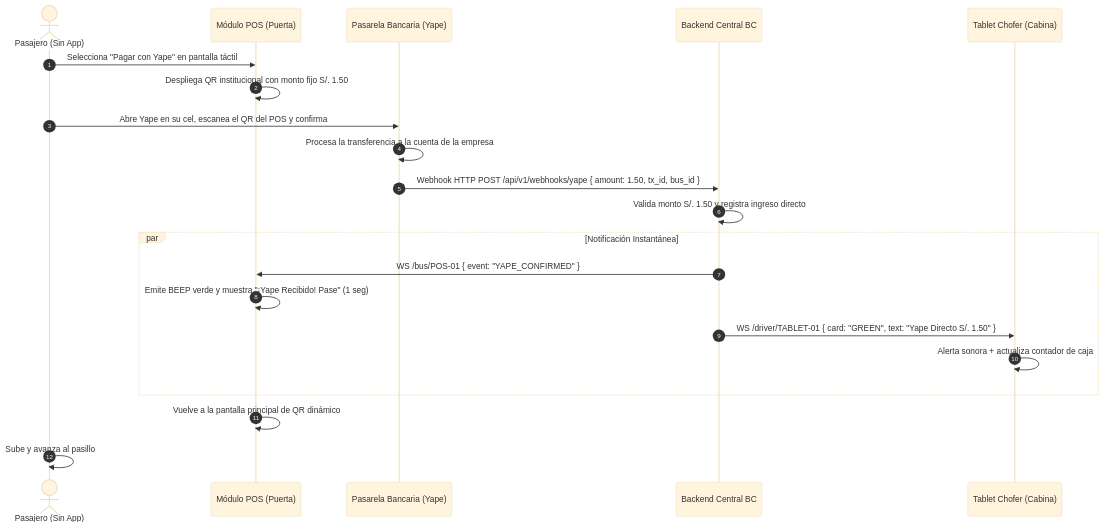
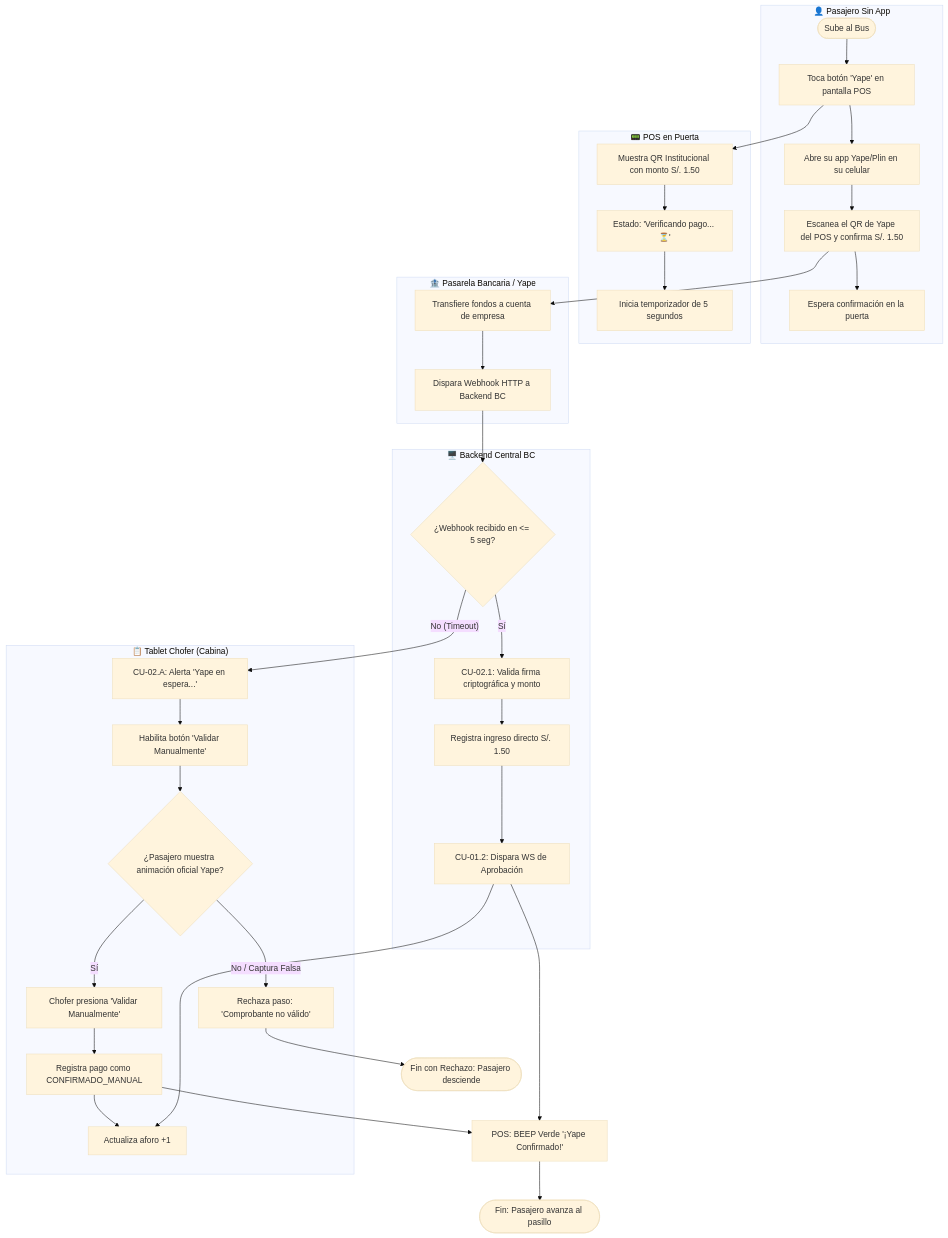
One commit to aron-quito/sem-bus changed the diagram in docs/casos_de_uso/CU02_Pago_Yape_Directo_Sin_App.md. Above: the diagram before and after it, drawn with Mermaid (base theme). The commit also changed other lines of this file and 7 other files, not shown here.

````diff
--- a/docs/casos_de_uso/CU02_Pago_Yape_Directo_Sin_App.md
+++ b/docs/casos_de_uso/CU02_Pago_Yape_Directo_Sin_App.md
@@ -22,26 +48,43 @@
 ```mermaid
-sequenceDiagram
-    autonumber
-    actor Pasajero as Pasajero (Sin App)
-    participant POS as Módulo POS (Puerta)
-    participant Banco as Pasarela Bancaria (Yape)
-    participant Backend as Backend Central BC
-    participant Tablet as Tablet Chofer (Cabina)
-
-    Pasajero->>POS: Selecciona "Pagar con Yape" en pantalla táctil
-    POS->>POS: Despliega QR institucional con monto fijo S/. 1.50
-    Pasajero->>Banco: Abre Yape en su cel, escanea el QR del POS y confirma
-    Banco->>Banco: Procesa la transferencia a la cuenta de la empresa
-    Banco->>Backend: Webhook HTTP POST /api/v1/webhooks/yape { amount: 1.50, tx_id, bus_id }
-    Backend->>Backend: Valida monto S/. 1.50 y registra ingreso directo
-    
-    par Notificación Instantánea
-        Backend->>POS: WS /bus/POS-01 { event: "YAPE_CONFIRMED" }
-        POS->>POS: Emite BEEP verde y muestra "¡Yape Recibido! Pase" (1 seg)
-        Backend->>Tablet: WS /driver/TABLET-01 { card: "GREEN", text: "Yape Directo S/. 1.50" }
-        Tablet->>Tablet: Alerta sonora + actualiza contador de caja
+flowchart TD
+    subgraph Pasajero["👤 Pasajero Sin App"]
+        A1([Sube al Bus]) --> A2[Toca botón 'Yape' en pantalla POS]
+        A2 --> A3[Abre su app Yape/Plin en su celular]
+        A3 --> A4[Escanea el QR de Yape del POS y confirma S/. 1.50]
+        A4 --> A5[Espera confirmación en la puerta]
     end
 
-    POS->>POS: Vuelve a la pantalla principal de QR dinámico
-    Pasajero->>Pasajero: Sube y avanza al pasillo
+    subgraph POS["📟 POS en Puerta"]
+        A2 --> B1[Muestra QR Institucional con monto S/. 1.50]
+        B1 --> B2[Estado: 'Verificando pago... ⏳']
+        B2 --> B3[Inicia temporizador de 5 segundos]
+    end
+
+    subgraph Banco["🏦 Pasarela Bancaria / Yape"]
+        A4 --> C1[Transfiere fondos a cuenta de empresa]
+        C1 --> C2[Dispara Webhook HTTP a Backend BC]
+    end
+
+    subgraph Backend["🖥️ Backend Central BC"]
+        C2 --> D1{¿Webhook recibido en <= 5 seg?}
+        D1 -- Sí --> D2[CU-02.1: Valida firma criptográfica y monto]
+        D2 --> D3[Registra ingreso directo S/. 1.50]
+        D3 --> D4[CU-01.2: Dispara WS de Aprobación]
+    end
+
+    subgraph Tablet["📋 Tablet Chofer (Cabina)"]
+        D1 -- No (Timeout) --> E1[CU-02.A: Alerta 'Yape en espera...']
+        E1 --> E2[Habilita botón 'Validar Manualmente']
+        E2 --> E3{¿Pasajero muestra animación oficial Yape?}
+        E3 -- Sí --> E4[Chofer presiona 'Validar Manualmente']
+        E4 --> E5[Registra pago como CONFIRMADO_MANUAL]
+        E5 --> E6[Actualiza aforo +1]
+        E3 -- No / Captura Falsa --> E_FAIL[Rechaza paso: 'Comprobante no válido']
+        D4 --> E6
+    end
+
+    D4 --> B_OK[POS: BEEP Verde '¡Yape Confirmado!']
+    E5 --> B_OK
+    B_OK --> END_OK([Fin: Pasajero avanza al pasillo])
+    E_FAIL --> END_FAIL([Fin con Rechazo: Pasajero desciende])
 ```
````
